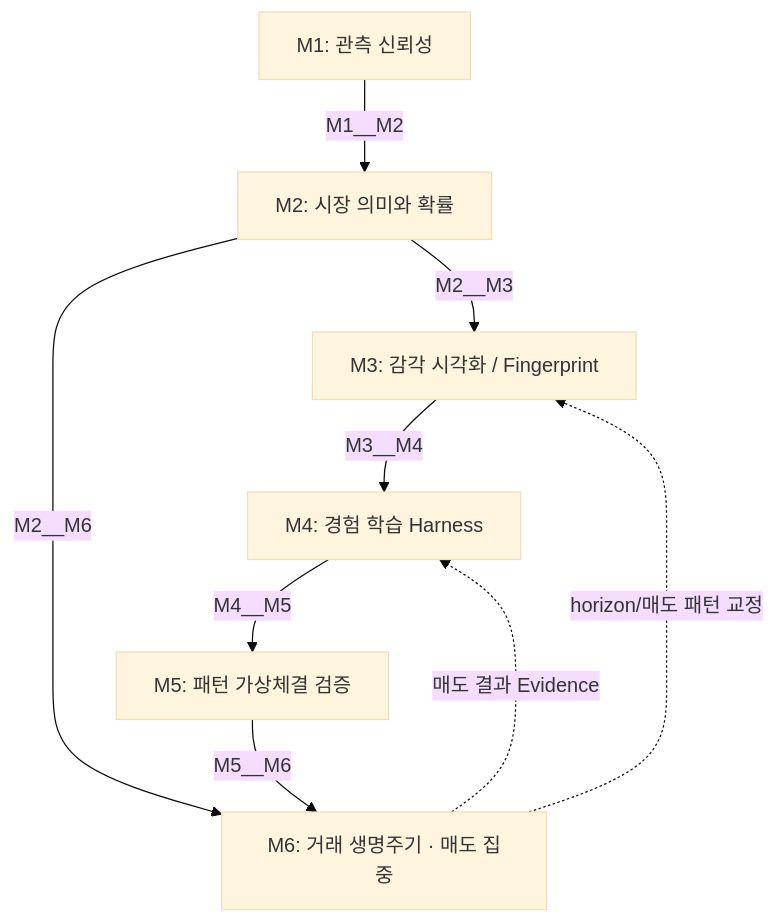
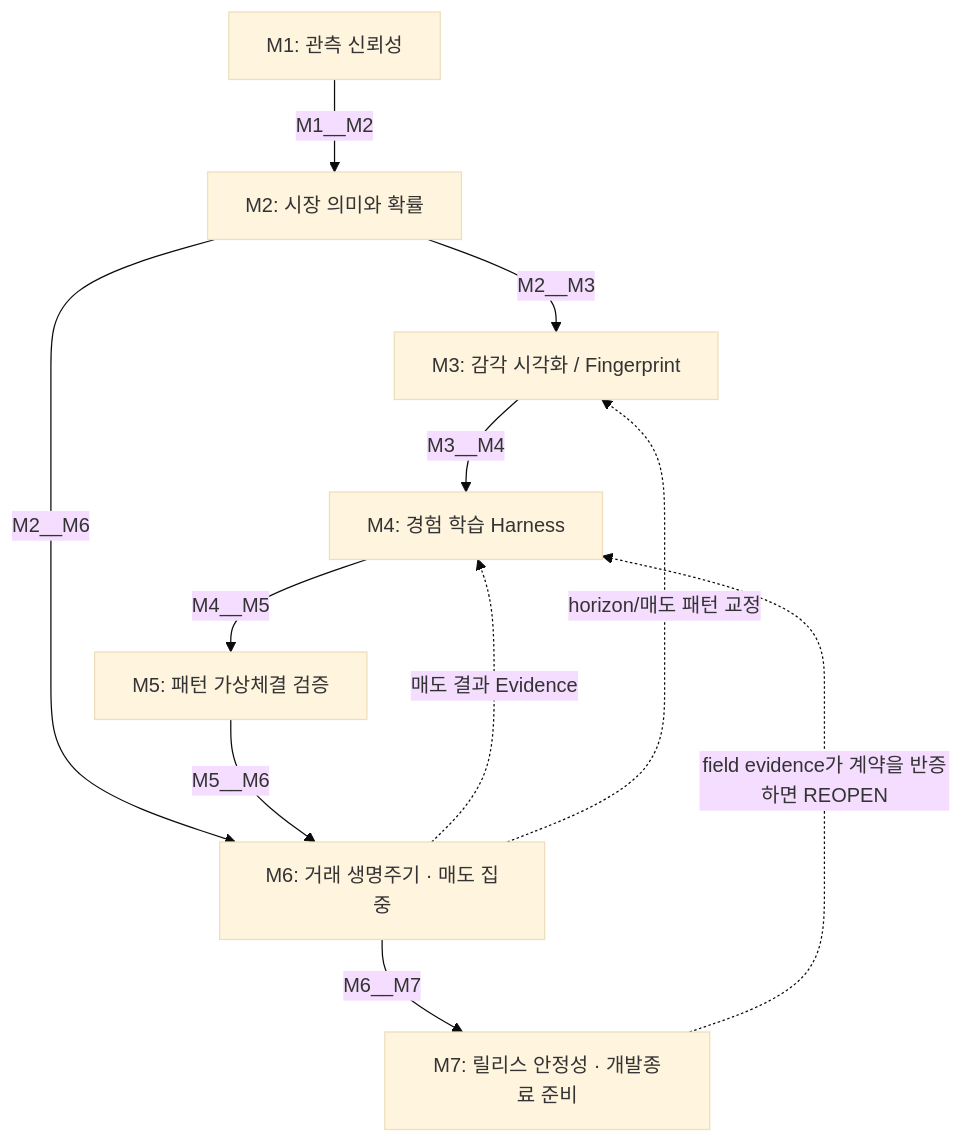
Before and after one commit to esuai02/shadow_wik: the diagram in docs/intent_graph.mmd, drawn with Mermaid (base theme).

Commit message:
Show release readiness in intent graph

```diff
--- a/docs/intent_graph.mmd
+++ b/docs/intent_graph.mmd
@@ -1,16 +1,19 @@
 flowchart TD
-  %% run=shadow-sensory-v1 revision=3 focus=M6
+  %% run=shadow-sensory-v1 revision=4 focus=M7
   M1["M1: 관측 신뢰성"]
   M2["M2: 시장 의미와 확률"]
   M3["M3: 감각 시각화 / Fingerprint"]
   M4["M4: 경험 학습 Harness"]
   M5["M5: 패턴 가상체결 검증"]
   M6["M6: 거래 생명주기 · 매도 집중"]
+  M7["M7: 릴리스 안정성 · 개발종료 준비"]
   M1 -->|M1__M2| M2
   M2 -->|M2__M3| M3
   M3 -->|M3__M4| M4
   M4 -->|M4__M5| M5
   M2 -->|M2__M6| M6
   M5 -->|M5__M6| M6
+  M6 -->|M6__M7| M7
   M6 -.매도 결과 Evidence.-> M4
   M6 -.horizon/매도 패턴 교정.-> M3
+  M7 -.field evidence가 계약을 반증하면 REOPEN.-> M4
```
